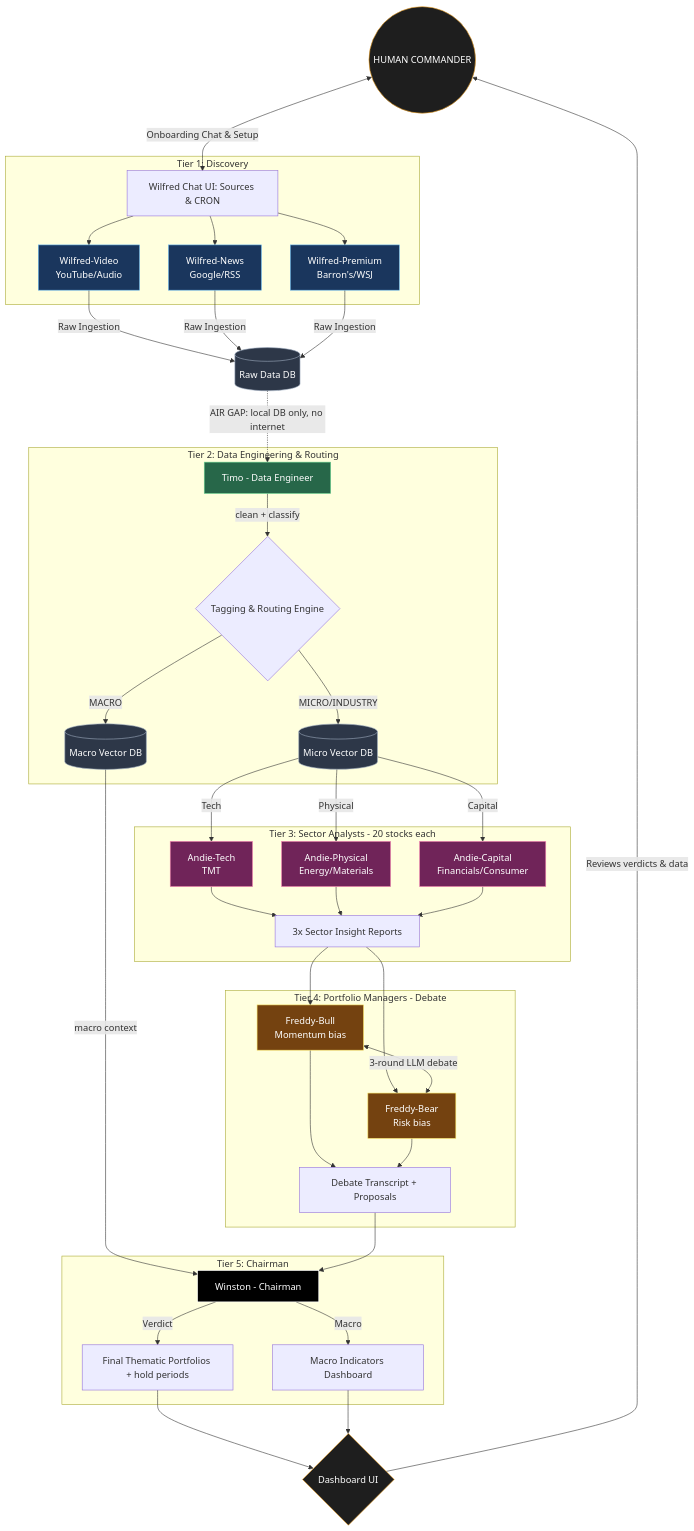
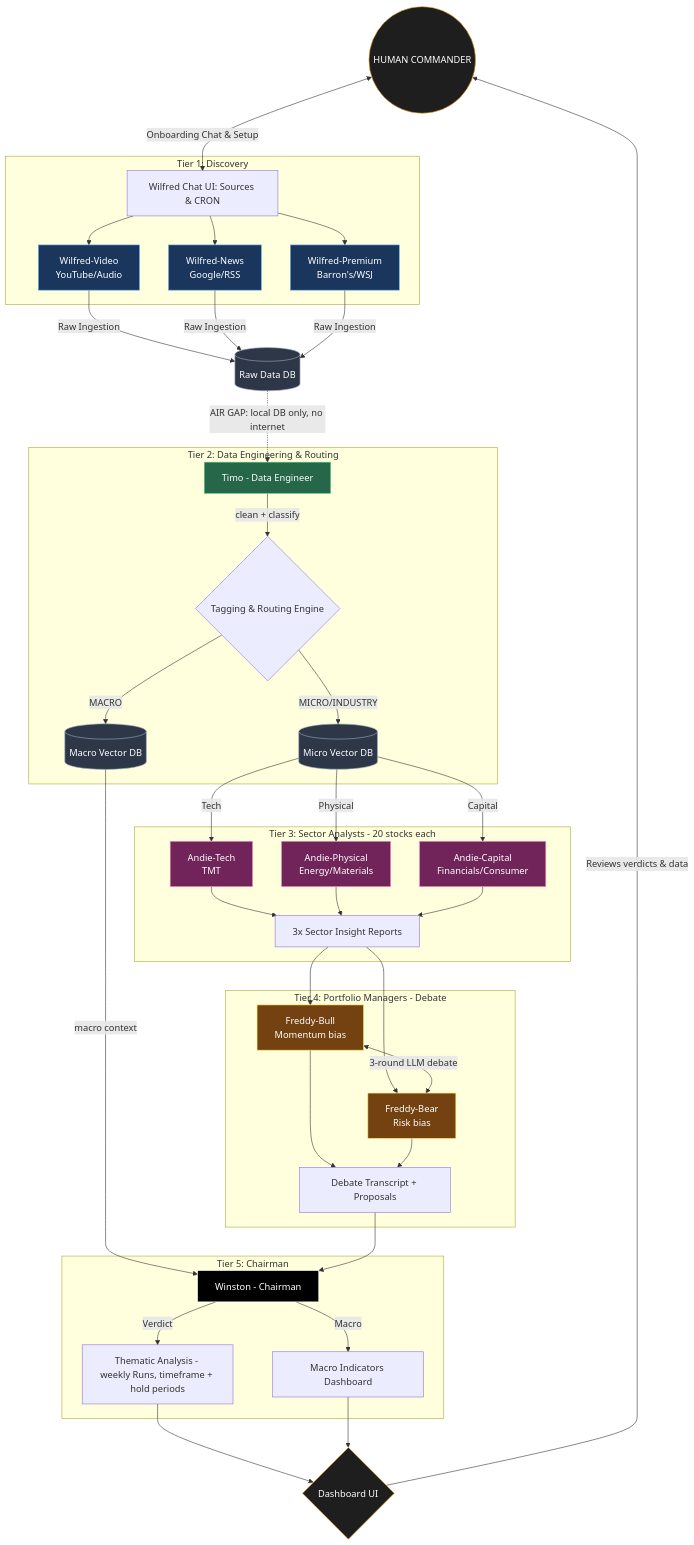
The diagram in docs/PROJECT_GUIDANCE.md (thebeen11/superai-hackathon), drawn with Mermaid before and after one commit. The commit also changed other lines of this file and 27 other files, not shown here.

````diff
--- a/docs/PROJECT_GUIDANCE.md
+++ b/docs/PROJECT_GUIDANCE.md
@@ -80,54 +83,54 @@
 ```mermaid
 graph TD
     classDef user fill:#1e1e1e,stroke:#f5a623,color:#fff;
     classDef discovery fill:#1a365d,stroke:#63b3ed,color:#fff;
     classDef pipeline fill:#276749,stroke:#68d391,color:#fff;
     classDef analyst fill:#702459,stroke:#f687b3,color:#fff;
     classDef debate fill:#744210,stroke:#f6e05e,color:#fff;
     classDef chairman fill:#000000,stroke:#ffffff,color:#fff;
     classDef db fill:#2d3748,stroke:#a0aec0,color:#fff;
 
     User((HUMAN COMMANDER)):::user
     User <-->|Onboarding Chat & Setup| WilfredChat[Wilfred Chat UI: Sources & CRON]
 
     subgraph T1[Tier 1: Discovery]
         WilfredChat --> W1[Wilfred-Video<br>YouTube/Audio]:::discovery
         WilfredChat --> W2[Wilfred-News<br>Google/RSS]:::discovery
         WilfredChat --> W3[Wilfred-Premium<br>Barron's/WSJ]:::discovery
     end
 
     W1 & W2 & W3 -->|Raw Ingestion| RawDB[(Raw Data DB)]:::db
     RawDB -.->|AIR GAP: local DB only, no internet| T1B[Timo]
 
     subgraph T2[Tier 2: Data Engineering & Routing]
         T1B[Timo - Data Engineer]:::pipeline
         T1B -->|clean + classify| Tagging{Tagging & Routing Engine}
         Tagging -->|MACRO| MacroDB[(Macro Vector DB)]:::db
         Tagging -->|MICRO/INDUSTRY| MicroDB[(Micro Vector DB)]:::db
     end
 
     subgraph T3[Tier 3: Sector Analysts - 20 stocks each]
         MicroDB -->|Tech| A1[Andie-Tech<br>TMT]:::analyst
         MicroDB -->|Physical| A2[Andie-Physical<br>Energy/Materials]:::analyst
         MicroDB -->|Capital| A3[Andie-Capital<br>Financials/Consumer]:::analyst
         A1 & A2 & A3 --> SectorReports[3x Sector Insight Reports]
     end
 
     subgraph T4[Tier 4: Portfolio Managers - Debate]
         SectorReports --> F1[Freddy-Bull<br>Momentum bias]:::debate
         SectorReports --> F2[Freddy-Bear<br>Risk bias]:::debate
         F1 <-->|3-round LLM debate| F2
         F1 & F2 --> DebateTranscript[Debate Transcript + Proposals]
     end
 
     subgraph T5[Tier 5: Chairman]
         MacroDB -->|macro context| C1[Winston - Chairman]:::chairman
         DebateTranscript --> C1
-        C1 -->|Verdict| Portfolios[Final Thematic Portfolios + hold periods]
+        C1 -->|Verdict| Portfolios[Thematic Analysis - weekly Runs, timeframe + hold periods]
         C1 -->|Macro| Dash[Macro Indicators Dashboard]
     end
 
     Portfolios --> UI{Dashboard UI}:::user
     Dash --> UI
     UI -->|Reviews verdicts & data| User
 ```
````
